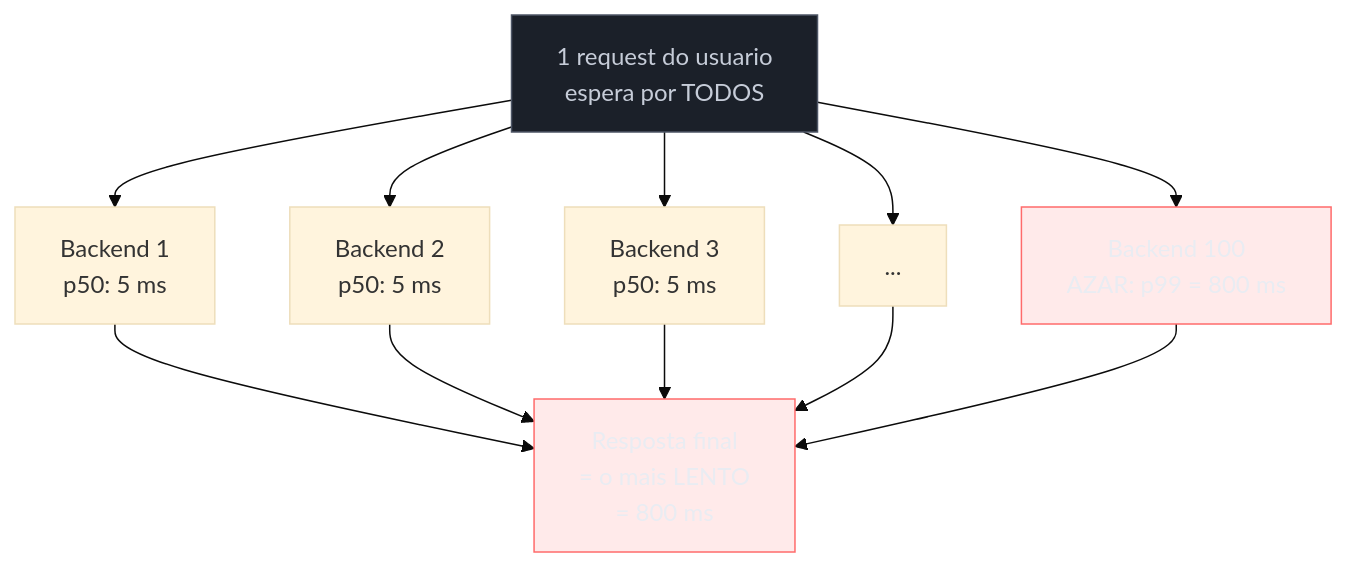
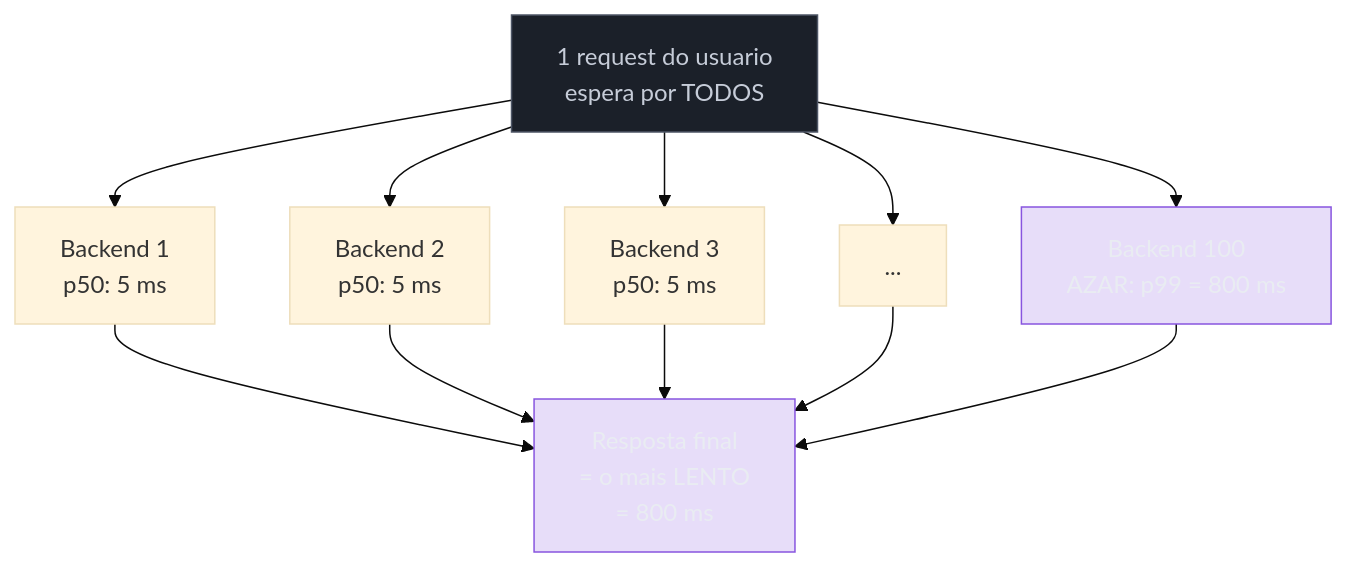
The second of 5 diagrams in 03-Dominios/Ciência/Redes e Protocolos/12 - Latência, throughput e os números.md (josenaldo/codex-technomanticus), drawn with Mermaid (base theme) before and after one commit. The commit also changed other lines of this file and 601 other files, not shown here.

````diff
--- a/03-Dominios/Ciência/Redes e Protocolos/12 - Latência, throughput e os números.md
+++ b/03-Dominios/Ciência/Redes e Protocolos/12 - Latência, throughput e os números.md
@@ -136,20 +136,20 @@
 ```mermaid
 flowchart TD
-    classDef falha fill:#FF6B6B24,stroke:#FF6B6B,color:#E9ECF2
+    classDef marca fill:#8855DF33,stroke:#8855DF,color:#E9ECF2
     classDef neutro fill:#1B2029,stroke:#4E5666,color:#C6CCD8
     REQ["1 request do usuario<br/>espera por TODOS"] --> B1["Backend 1<br/>p50: 5 ms"]
     REQ --> B2["Backend 2<br/>p50: 5 ms"]
     REQ --> B3["Backend 3<br/>p50: 5 ms"]
     REQ --> DOTS["..."]
     REQ --> B100["Backend 100<br/>AZAR: p99 = 800 ms"]
 
     B1 --> JOIN["Resposta final<br/>= o mais LENTO<br/>= 800 ms"]
     B2 --> JOIN
     B3 --> JOIN
     DOTS --> JOIN
     B100 --> JOIN
 
-    class B100 falha
-    class JOIN falha
+    class B100 marca
+    class JOIN marca
     class REQ neutro
 ```
````
